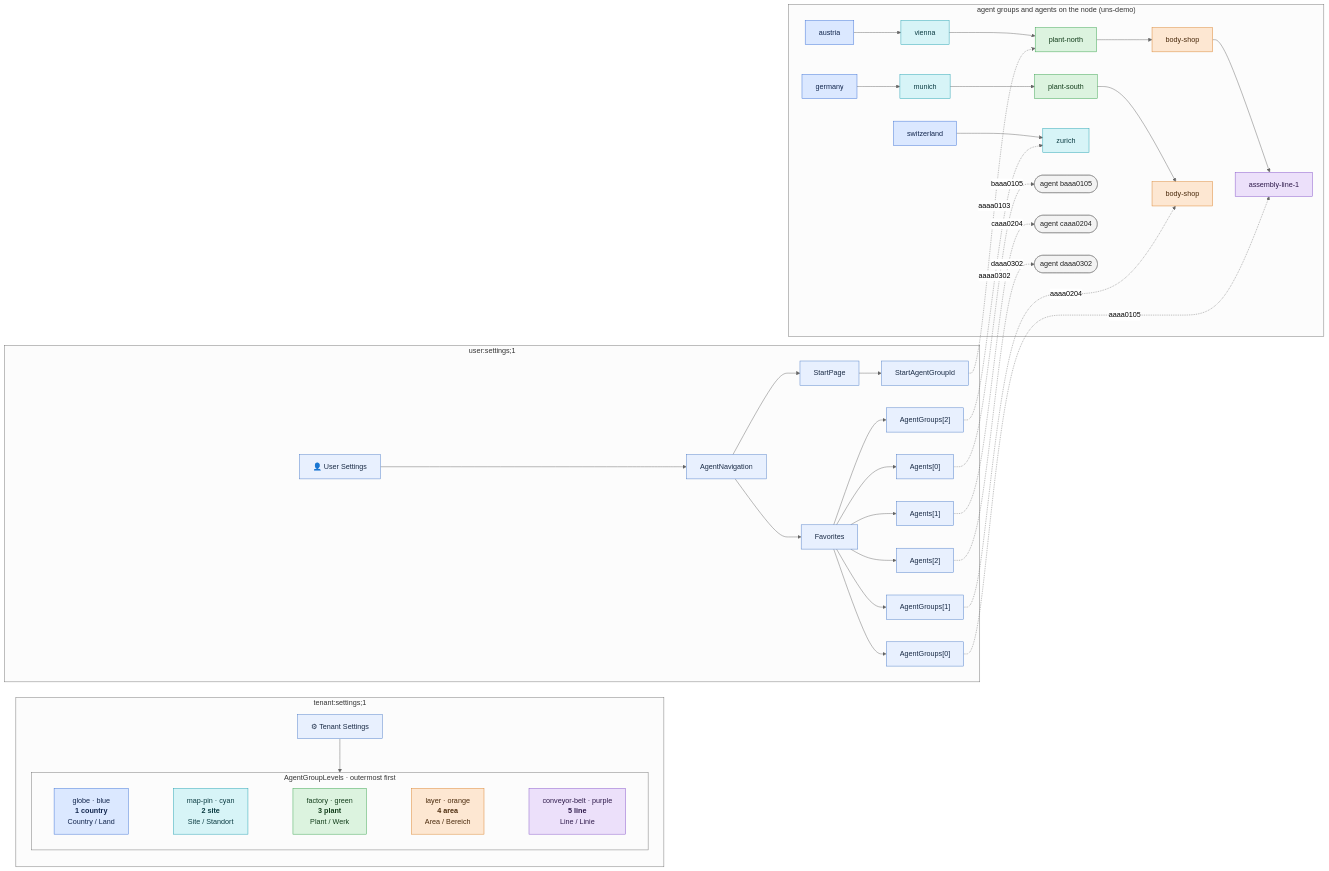
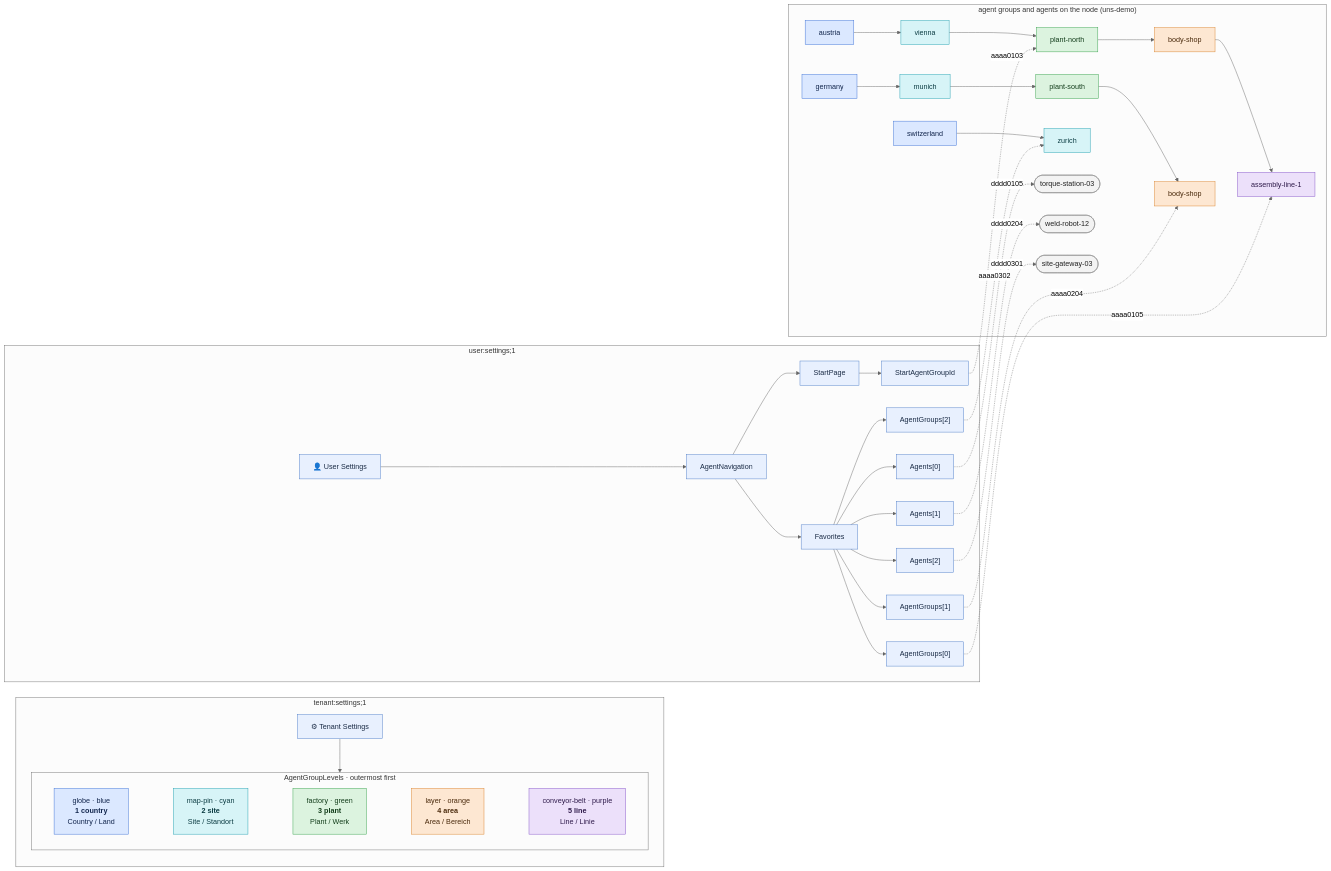
One commit to tributech-solutions/data-asset-twin-v2 changed the diagram in examples/heimdall-ui-settings-demo.md. Above: the diagram before and after it, drawn with Mermaid (neutral theme). The commit also changed 1 other file, not shown here.

Commit message:
fix: examples

````diff
--- a/examples/heimdall-ui-settings-demo.md
+++ b/examples/heimdall-ui-settings-demo.md
@@ -10,73 +10,73 @@
 ```mermaid
 graph LR
   subgraph TS["tenant:settings;1"]
     direction TB
     T["⚙ Tenant Settings"]
     subgraph LV["AgentGroupLevels · outermost first"]
       direction LR
       L1["globe · blue<br/><b>1 country</b><br/>Country / Land"]
       L2["map-pin · cyan<br/><b>2 site</b><br/>Site / Standort"]
       L3["factory · green<br/><b>3 plant</b><br/>Plant / Werk"]
       L4["layer · orange<br/><b>4 area</b><br/>Area / Bereich"]
       L5["conveyor-belt · purple<br/><b>5 line</b><br/>Line / Linie"]
       L1 ~~~ L2 ~~~ L3 ~~~ L4 ~~~ L5
     end
     T --> LV
   end
 
   subgraph US["user:settings;1"]
     U["👤 User Settings"]
     NAV["AgentNavigation"]
     SP["StartPage"]
     S["StartAgentGroupId"]
     FAV["Favorites"]
     F1["AgentGroups[0]"]
     F2["AgentGroups[1]"]
     F3["AgentGroups[2]"]
     FA1["Agents[0]"]
     FA2["Agents[1]"]
     FA3["Agents[2]"]
     U --> NAV
     NAV --> SP --> S
     NAV --> FAV
     FAV --> F1 & F2 & F3
     FAV --> FA1 & FA2 & FA3
   end
 
   subgraph AG["agent groups and agents on the node (uns-demo)"]
     G1["austria"] --> G2["vienna"] --> G3["plant-north"] --> G4["body-shop"] --> G5["assembly-line-1"]
     H1["germany"] --> H2["munich"] --> H3["plant-south"] --> H4["body-shop"]
     K1["switzerland"] --> K2["zurich"]
-    X1(["agent baaa0105"])
-    X2(["agent caaa0204"])
-    X3(["agent daaa0302"])
+    X1(["torque-station-03"])
+    X2(["weld-robot-12"])
+    X3(["site-gateway-03"])
   end
 
   S -.->|aaaa0103| G3
   F1 -.->|aaaa0105| G5
   F2 -.->|aaaa0204| H4
   F3 -.->|aaaa0302| K2
-  FA1 -.->|baaa0105| X1
-  FA2 -.->|caaa0204| X2
-  FA3 -.->|daaa0302| X3
+  FA1 -.->|dddd0105| X1
+  FA2 -.->|dddd0204| X2
+  FA3 -.->|dddd0301| X3
 
   classDef doc fill:#e8f0fe,stroke:#4d7cc7,color:#1a2b45
   classDef group fill:#f3f3f3,stroke:#888,color:#222
   classDef blue fill:#dbe8ff,stroke:#3b6fd4,color:#12264d
   classDef cyan fill:#d7f4f7,stroke:#1f9fb0,color:#0d3d44
   classDef green fill:#dcf3df,stroke:#34a04a,color:#133d1b
   classDef orange fill:#fde7d2,stroke:#d9822b,color:#4a2a0c
   classDef purple fill:#ece0fa,stroke:#8453c7,color:#2e1a4a
   class T,U,NAV,SP,S,FAV,F1,F2,F3,FA1,FA2,FA3 doc
   class X1,X2,X3 group
   class G1,H1,K1 blue
   class G2,H2,K2 cyan
   class G3,H3 green
   class G4,H4 orange
   class G5 purple
   class L1 blue
   class L2 cyan
   class L3 green
   class L4 orange
   class L5 purple
 ```
````
